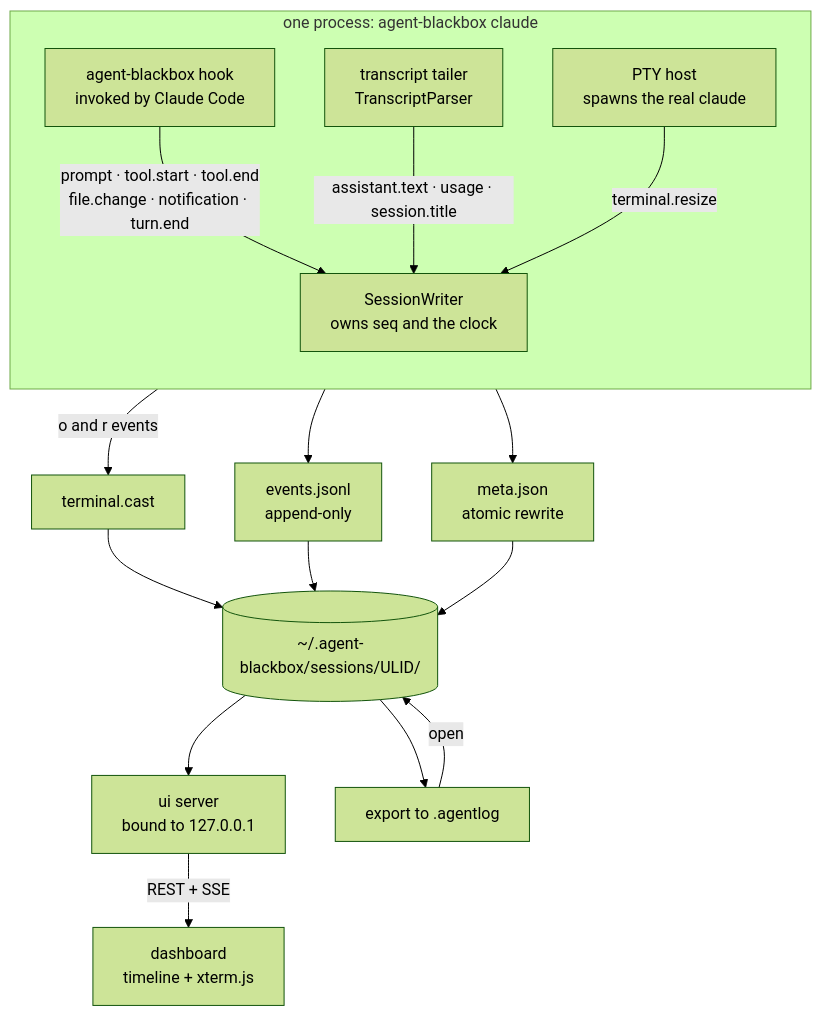
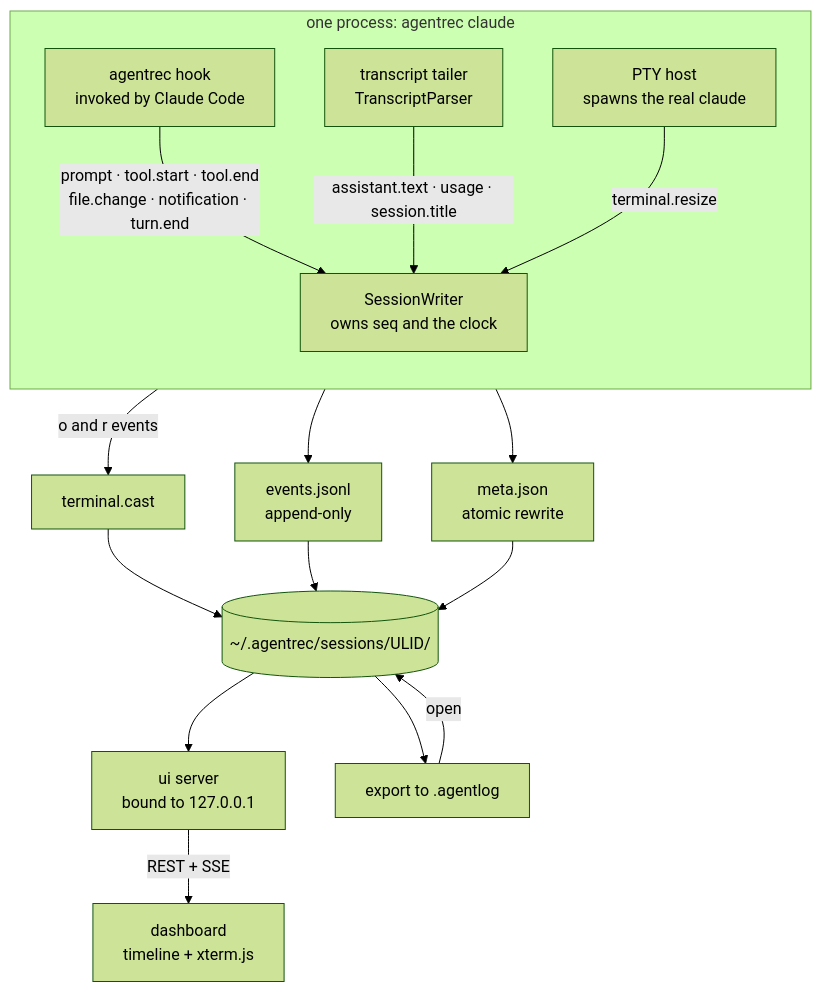
One commit to someflydays/agentrec changed the diagram in docs/architecture.md. Above: the diagram before and after it, drawn with Mermaid (forest theme). The commit also changed other lines of this file and 47 other files, not shown here.

````diff
--- a/docs/architecture.md
+++ b/docs/architecture.md
@@ -66,27 +66,27 @@
 ```mermaid
 flowchart TB
-  subgraph rec["one process: agent-blackbox claude"]
+  subgraph rec["one process: agentrec claude"]
     direction TB
     PTY["PTY host<br/>spawns the real claude"]
-    HOOK["agent-blackbox hook<br/>invoked by Claude Code"]
+    HOOK["agentrec hook<br/>invoked by Claude Code"]
     TAIL["transcript tailer<br/>TranscriptParser"]
     W["SessionWriter<br/>owns seq and the clock"]
     HOOK -->|"prompt · tool.start · tool.end<br/>file.change · notification · turn.end"| W
     TAIL -->|"assistant.text · usage · session.title"| W
     PTY -->|"terminal.resize"| W
   end
 
   PTY -->|"o and r events"| CAST["terminal.cast"]
   W --> EV["events.jsonl<br/>append-only"]
   W --> META["meta.json<br/>atomic rewrite"]
 
   CAST --> DIR
   EV --> DIR
   META --> DIR
-  DIR[("~/.agent-blackbox/sessions/ULID/")]
+  DIR[("~/.agentrec/sessions/ULID/")]
 
   DIR --> SRV["ui server<br/>bound to 127.0.0.1"]
   SRV -->|"REST + SSE"| SPA["dashboard<br/>timeline + xterm.js"]
   DIR --> PACK["export to .agentlog"]
   PACK -->|"open"| DIR
 ```
````
